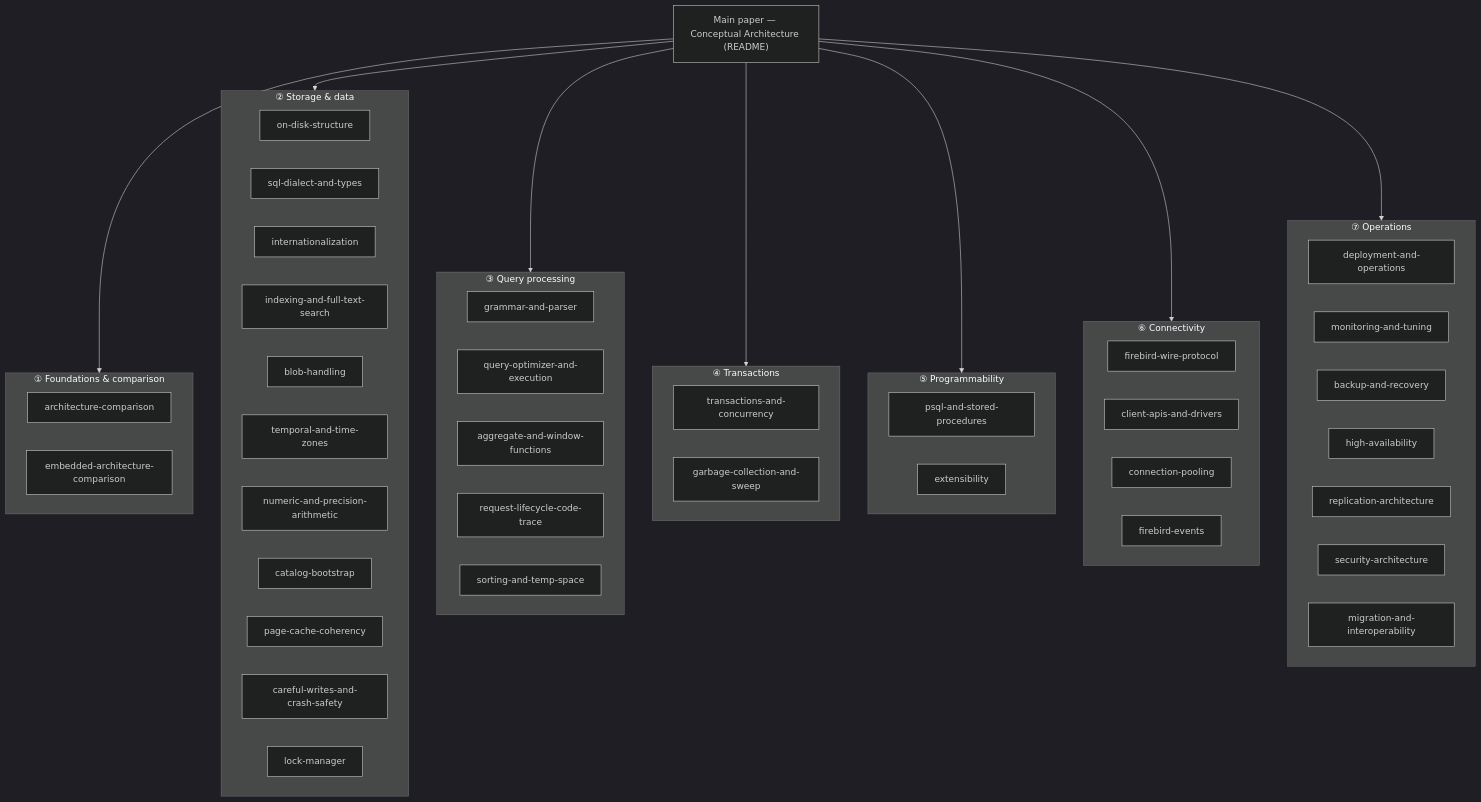
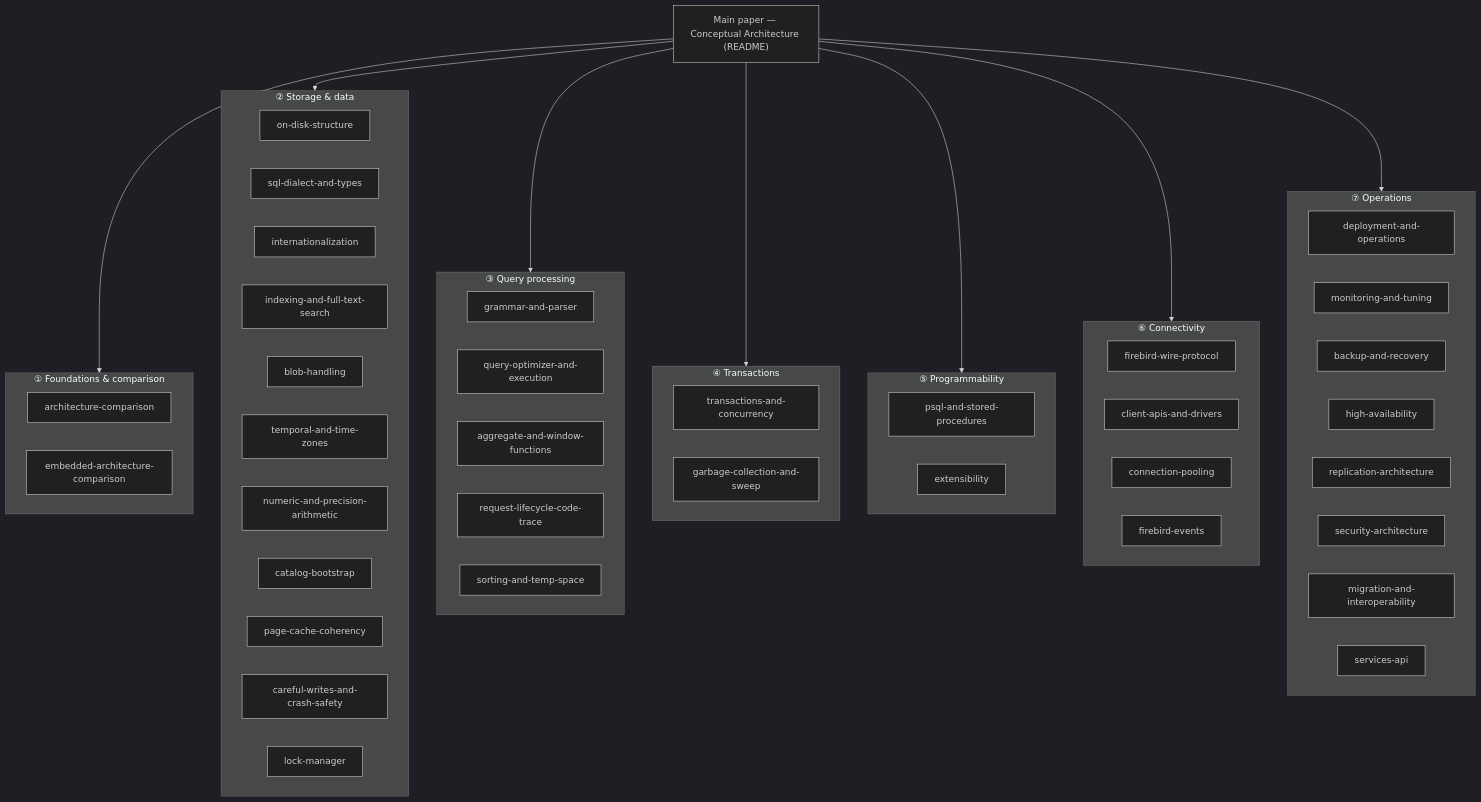
The diagram in READING-GUIDE.md (mariuz/conceptual-architecture-for-firebird-paper), drawn with Mermaid (dark theme) before and after one commit. The commit also changed other lines of this file and 2 other files, not shown here.

First line of the commit message:
Add Services API document — one utility, two front doors

````diff
--- a/READING-GUIDE.md
+++ b/READING-GUIDE.md
@@ -9,54 +9,55 @@
 ```mermaid
 flowchart TB
     PAPER["Main paper — Conceptual Architecture (README)"]
 
     PAPER --> T1 & T2 & T3 & T4 & T5 & T6 & T7
 
     subgraph T1["① Foundations & comparison"]
         A1["architecture-comparison"]
         A2["embedded-architecture-comparison"]
     end
     subgraph T2["② Storage & data"]
         B1["on-disk-structure"]
         B2["sql-dialect-and-types"]
         B3["internationalization"]
         B4["indexing-and-full-text-search"]
         B5["blob-handling"]
         B6["temporal-and-time-zones"]
         B7["numeric-and-precision-arithmetic"]
         B8["catalog-bootstrap"]
         B9["page-cache-coherency"]
         B10["careful-writes-and-crash-safety"]
         B11["lock-manager"]
     end
     subgraph T3["③ Query processing"]
         C1["grammar-and-parser"]
         C2["query-optimizer-and-execution"]
         C3["aggregate-and-window-functions"]
         C4["request-lifecycle-code-trace"]
         C5["sorting-and-temp-space"]
     end
     subgraph T4["④ Transactions"]
         D1["transactions-and-concurrency"]
         D2["garbage-collection-and-sweep"]
     end
     subgraph T5["⑤ Programmability"]
         E1["psql-and-stored-procedures"]
         E2["extensibility"]
     end
     subgraph T6["⑥ Connectivity"]
         F1["firebird-wire-protocol"]
         F2["client-apis-and-drivers"]
         F3["connection-pooling"]
         F4["firebird-events"]
     end
     subgraph T7["⑦ Operations"]
         G1["deployment-and-operations"]
         G2["monitoring-and-tuning"]
         G3["backup-and-recovery"]
         G4["high-availability"]
         G5["replication-architecture"]
         G6["security-architecture"]
         G7["migration-and-interoperability"]
+        G8["services-api"]
     end
 ```
````
